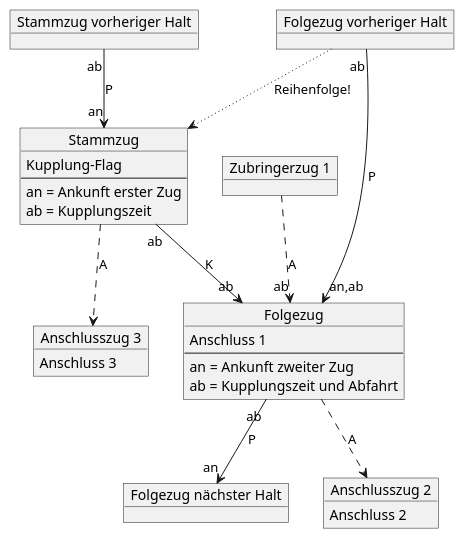
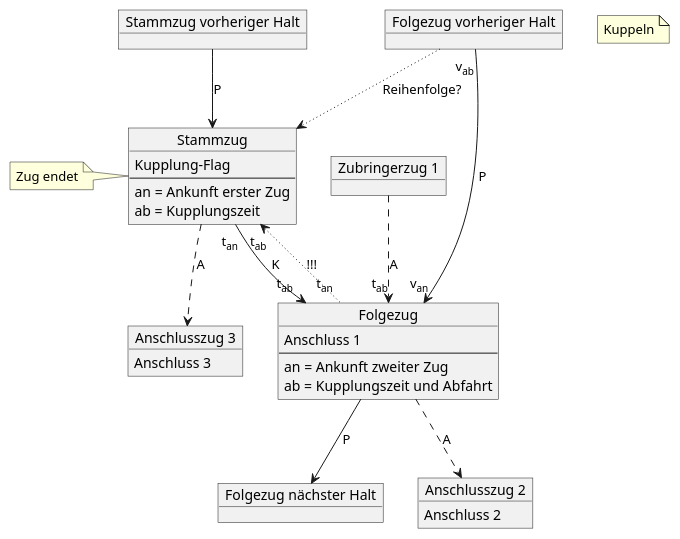
The diagram in docs/kupplung.puml (topological-state/stskit), drawn with PlantUML before and after one commit. The commit also changed 6 other files, not shown here.

Commit message:
diagramme betriebsvorgänge

```diff
--- a/docs/kupplung.puml
+++ b/docs/kupplung.puml
@@ -1,44 +1,52 @@
 @startuml
 'https://plantuml.com/object-diagram
 
 object Stammzug {
     Kupplung-Flag
     --
     an = Ankunft erster Zug
     ab = Kupplungszeit
 }
+'Stammzug hat keine Abfahrtszeit
+
+note left of Stammzug
+Zug endet
+end note
 
 object "Stammzug vorheriger Halt" as StammzugPred
 
 object Folgezug {
     Anschluss 1
     --
     an = Ankunft zweiter Zug
     ab = Kupplungszeit und Abfahrt
 }
 
 object "Folgezug vorheriger Halt" as FolgezugPred
 
 object "Folgezug nächster Halt" as FolgezugSucc
 
 object "Zubringerzug 1" as A1
 
 object "Anschlusszug 2" as A2 {
 Anschluss 2
 }
 
 object "Anschlusszug 3" as A3 {
 Anschluss 3
 }
 
-StammzugPred "ab" --> "an" Stammzug: P
-Stammzug "ab" --> "ab" Folgezug: K
-FolgezugPred "ab" --> "an,ab" Folgezug: P
-Folgezug "ab" --> "an" FolgezugSucc: P
-FolgezugPred -[dotted]-> Stammzug: Reihenfolge!
+StammzugPred --> Stammzug: P
+Stammzug "t<sub>an</sub>" --> "t<sub>ab</sub>" Folgezug: K
+Stammzug "t<sub>ab</sub>" <-[dotted]- "t<sub>an</sub>" Folgezug: !!!
+FolgezugPred "v<sub>ab</sub>" --> "v<sub>an</sub>" Folgezug: P
+Folgezug --> FolgezugSucc: P
+FolgezugPred -[dotted]-> Stammzug: Reihenfolge?
 
-A1 -[dashed]-> "ab" Folgezug: A
+A1 -[dashed]-> "t<sub>ab</sub>" Folgezug: A
 Folgezug -[dashed]-> A2: A
 Stammzug -[dashed]-> A3: A
 
+note "Kuppeln" as N1
+
 @enduml
```
